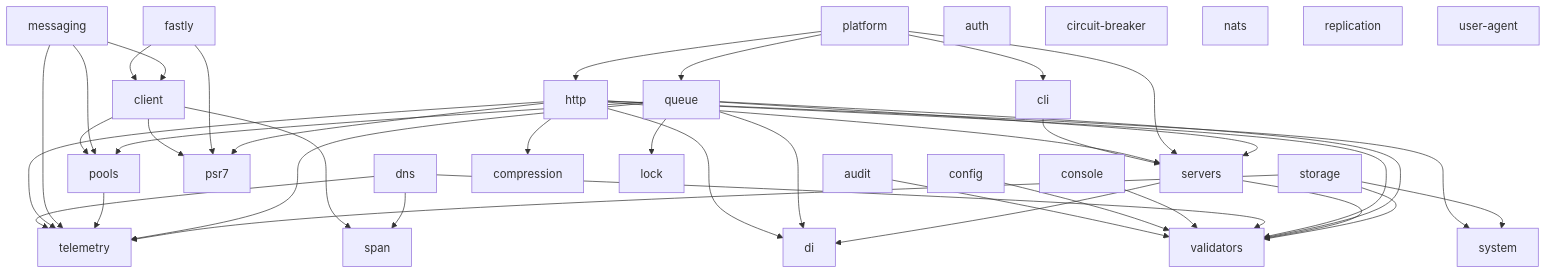
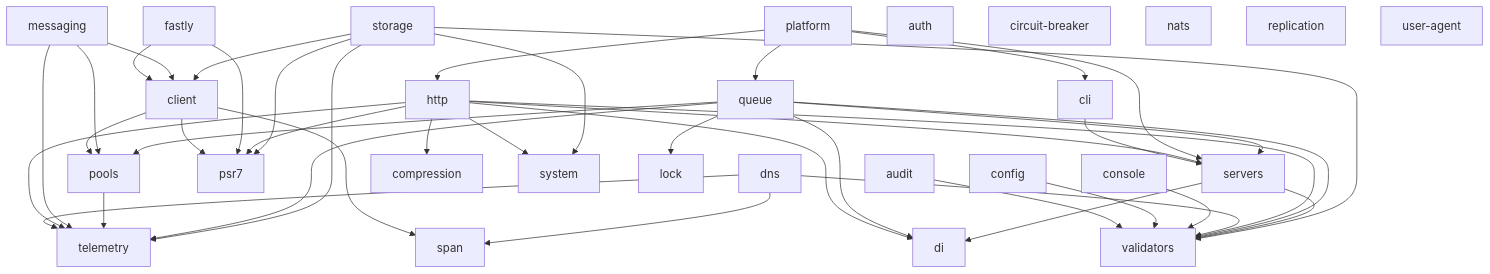
The diagram in README.md (utopia-php/monorepo), drawn with Mermaid before and after one commit. The commit also changed 11 other files, not shown here.

First line of the commit message:
feat(storage): send S3 requests through a PSR-18 client

````diff
--- a/README.md
+++ b/README.md
@@ -48,46 +48,48 @@
 ```mermaid
 graph TD
     audit --> validators
     cli --> servers
     client --> pools
     client --> psr7
     client --> span
     config --> validators
     console --> validators
     dns --> span
     dns --> telemetry
     dns --> validators
     fastly --> client
     fastly --> psr7
     http --> di
     http --> servers
     http --> compression
     http --> psr7
     http --> telemetry
     http --> validators
     http --> system
     messaging --> client
     messaging --> pools
     messaging --> telemetry
     platform --> cli
     platform --> http
     platform --> queue
     platform --> servers
     pools --> telemetry
     queue --> di
     queue --> lock
     queue --> servers
     queue --> pools
     queue --> telemetry
     queue --> validators
     servers --> di
     servers --> validators
     storage --> system
     storage --> telemetry
     storage --> validators
+    storage --> client
+    storage --> psr7
     auth
     circuit-breaker
     nats
     replication
     user-agent
 ```
````
